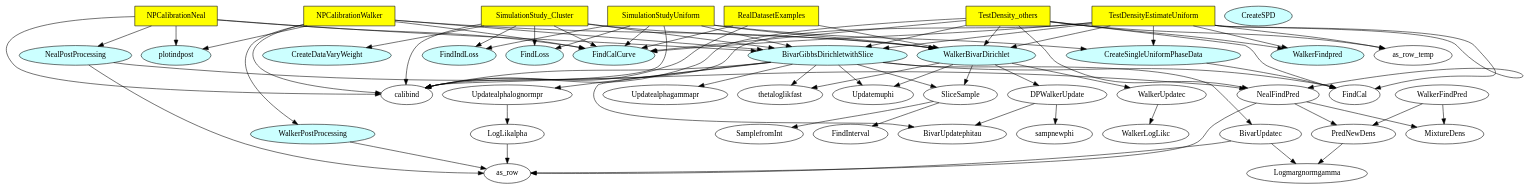
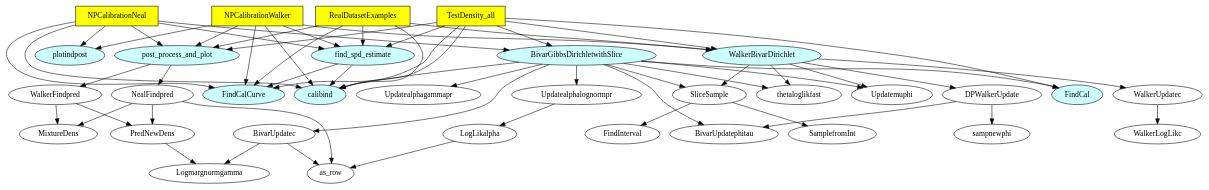
One commit to sara-amira-alassam/non-parametric-calibration-developement changed the diagram in call_graphs/call_graph_modified.dot. Above: the diagram before and after it, drawn with Graphviz. The commit also changed 1 other file, not shown here.

Commit message:
Update call graphs - ignore simulation studies

```diff
--- a/call_graphs/call_graph_modified.dot
+++ b/call_graphs/call_graph_modified.dot
@@ -1,151 +1,119 @@
 digraph xyz {
 rankdir=TB;
 NPCalibrationWalker[shape=box, fillcolor="#FFFF00", style=filled]
 NPCalibrationNeal[shape=box, fillcolor="#FFFF00", style=filled]
-SimulationStudy_Cluster[shape=box, fillcolor="#FFFF00", style=filled]
-SimulationStudyUniform[shape=box, fillcolor="#FFFF00", style=filled]
-TestDensityEstimateUniform[shape=box, fillcolor="#FFFF00", style=filled]
-TestDensity_others[shape=box, fillcolor="#FFFF00", style=filled]
+TestDensity_all[shape=box, fillcolor="#FFFF00", style=filled]
 RealDatasetExamples[shape=box, fillcolor="#FFFF00", style=filled]
-NealPostProcessing[shape=ellipse, fillcolor="#CCFFFF", style=filled]
-WalkerPostProcessing[shape=ellipse, fillcolor="#CCFFFF", style=filled]
 as_row[shape=ellipse]
 BivarGibbsDirichletwithSlice[shape=ellipse, fillcolor="#CCFFFF", style=filled]
 BivarUpdatec[shape=ellipse]
 BivarUpdatephitau[shape=ellipse]
-calibind[shape=ellipse]
-CreateDataVaryWeight[shape=ellipse, fillcolor="#CCFFFF", style=filled]
-CreateSingleUniformPhaseData[shape=ellipse, fillcolor="#CCFFFF", style=filled]
-CreateSPD[shape=ellipse, fillcolor="#CCFFFF", style=filled]
+calibind[shape=ellipse, fillcolor="#CCFFFF", style=filled]
 DPWalkerUpdate[shape=ellipse]
-FindCal[shape=ellipse]
+FindCal[shape=ellipse, fillcolor="#CCFFFF", style=filled]
 FindCalCurve[shape=ellipse, fillcolor="#CCFFFF", style=filled]
-FindIndLoss[shape=ellipse, fillcolor="#CCFFFF", style=filled]
+find_spd_estimate[shape=ellipse, fillcolor="#CCFFFF", style=filled]
 FindInterval[shape=ellipse]
-FindLoss[shape=ellipse, fillcolor="#CCFFFF", style=filled]
 LogLikalpha[shape=ellipse]
 Logmargnormgamma[shape=ellipse]
 MixtureDens[shape=ellipse]
-NealFindPred[shape=ellipse]
+NealFindpred[shape=ellipse]
+post_process_and_plot[shape=ellipse, fillcolor="#CCFFFF", style=filled]
 plotindpost[shape=ellipse, fillcolor="#CCFFFF", style=filled]
 PredNewDens[shape=ellipse]
 SamplefromInt[shape=ellipse]
 sampnewphi[shape=ellipse]
 SliceSample[shape=ellipse]
 thetaloglikfast[shape=ellipse]
 Updatealphagammapr[shape=ellipse]
 Updatealphalognormpr[shape=ellipse]
 Updatemuphi[shape=ellipse]
 WalkerBivarDirichlet[shape=ellipse, fillcolor="#CCFFFF", style=filled]
-WalkerFindpred[shape=ellipse, fillcolor="#CCFFFF", style=filled]
+WalkerFindpred[shape=ellipse]
 WalkerLogLikc[shape=ellipse]
 WalkerUpdatec[shape=ellipse]
 
 NPCalibrationWalker -> WalkerBivarDirichlet
 RealDatasetExamples -> WalkerBivarDirichlet
-SimulationStudy_Cluster -> WalkerBivarDirichlet
-SimulationStudyUniform -> WalkerBivarDirichlet
-TestDensity_others -> WalkerBivarDirichlet
-TestDensityEstimateUniform -> WalkerBivarDirichlet
+TestDensity_all -> WalkerBivarDirichlet
 
-NPCalibrationWalker -> WalkerPostProcessing
-NPCalibrationNeal -> NealPostProcessing
+NPCalibrationNeal -> BivarGibbsDirichletwithSlice
+TestDensity_all -> BivarGibbsDirichletwithSlice
 
-NealFindPred -> as_row
-TestDensityEstimateUniform -> as_row_temp
-TestDensity_others -> as_row_temp
+NPCalibrationWalker -> post_process_and_plot
+RealDatasetExamples -> post_process_and_plot
+NPCalibrationNeal -> post_process_and_plot
+TestDensity_all -> post_process_and_plot
+
+NPCalibrationWalker -> find_spd_estimate
+RealDatasetExamples -> find_spd_estimate
+NPCalibrationNeal -> find_spd_estimate
+TestDensity_all -> find_spd_estimate
+
+find_spd_estimate -> FindCalCurve
+find_spd_estimate -> calibind
+
+post_process_and_plot -> WalkerFindpred
+post_process_and_plot -> NealFindpred
+
+NealFindpred -> as_row
 BivarUpdatec -> as_row
 LogLikalpha -> as_row
-WalkerPostProcessing -> as_row
-NealPostProcessing -> as_row
-
-NPCalibrationNeal -> BivarGibbsDirichletwithSlice
-NPCalibrationWalker -> BivarGibbsDirichletwithSlice
-SimulationStudy_Cluster -> BivarGibbsDirichletwithSlice
-SimulationStudyUniform -> BivarGibbsDirichletwithSlice
-TestDensityEstimateUniform -> BivarGibbsDirichletwithSlice
-TestDensity_others -> BivarGibbsDirichletwithSlice
-
-NealPostProcessing -> NealFindPred
-TestDensityEstimateUniform -> NealFindPred
-TestDensity_others -> NealFindPred
 
 BivarGibbsDirichletwithSlice -> BivarUpdatec
 
 BivarGibbsDirichletwithSlice -> BivarUpdatephitau
 DPWalkerUpdate -> BivarUpdatephitau
 
 NPCalibrationNeal -> calibind
 NPCalibrationWalker -> calibind
 BivarGibbsDirichletwithSlice -> calibind
 RealDatasetExamples -> calibind
-SimulationStudy_Cluster -> calibind
-SimulationStudyUniform -> calibind
-TestDensityEstimateUniform -> calibind
-TestDensity_others -> calibind
-
-SimulationStudy_Cluster -> CreateDataVaryWeight
-
-TestDensityEstimateUniform -> CreateSingleUniformPhaseData
-SimulationStudyUniform -> CreateSingleUniformPhaseData
+TestDensity_all -> calibind
 
 WalkerBivarDirichlet -> DPWalkerUpdate
 
 BivarGibbsDirichletwithSlice -> FindCal
-CreateSingleUniformPhaseData -> FindCal
 
-TestDensityEstimateUniform -> FindCal
-TestDensity_others -> FindCal
+TestDensity_all -> FindCal
 
 NPCalibrationNeal -> FindCalCurve
 NPCalibrationWalker -> FindCalCurve
 RealDatasetExamples -> FindCalCurve
-SimulationStudy_Cluster -> FindCalCurve
-SimulationStudyUniform -> FindCalCurve
-TestDensityEstimateUniform -> FindCalCurve
-TestDensity_others -> FindCalCurve
-
-SimulationStudy_Cluster -> FindIndLoss
-SimulationStudyUniform -> FindIndLoss
-
-SimulationStudy_Cluster -> FindLoss
-SimulationStudyUniform -> FindLoss
+TestDensity_all -> FindCalCurve
 
 SliceSample -> FindInterval
 
 Updatealphalognormpr -> LogLikalpha
 
 PredNewDens -> Logmargnormgamma
 BivarUpdatec -> Logmargnormgamma
 
-NealFindPred -> MixtureDens
-WalkerFindPred -> MixtureDens
+NealFindpred -> MixtureDens
+WalkerFindpred -> MixtureDens
 
 NPCalibrationNeal -> plotindpost
 NPCalibrationWalker -> plotindpost
 
-NealFindPred -> PredNewDens
-WalkerFindPred -> PredNewDens
+NealFindpred -> PredNewDens
+WalkerFindpred -> PredNewDens
 
 SliceSample -> SamplefromInt
 
 DPWalkerUpdate -> sampnewphi
 
 BivarGibbsDirichletwithSlice -> SliceSample
 WalkerBivarDirichlet -> SliceSample
 
 BivarGibbsDirichletwithSlice -> thetaloglikfast
 WalkerBivarDirichlet -> thetaloglikfast
 
 BivarGibbsDirichletwithSlice -> Updatealphagammapr
 
 BivarGibbsDirichletwithSlice -> Updatealphalognormpr
 
 BivarGibbsDirichletwithSlice -> Updatemuphi
 WalkerBivarDirichlet -> Updatemuphi
 
-TestDensityEstimateUniform -> WalkerFindpred
-TestDensity_others -> WalkerFindpred
-
 WalkerBivarDirichlet -> WalkerUpdatec -> WalkerLogLikc
 }
```
